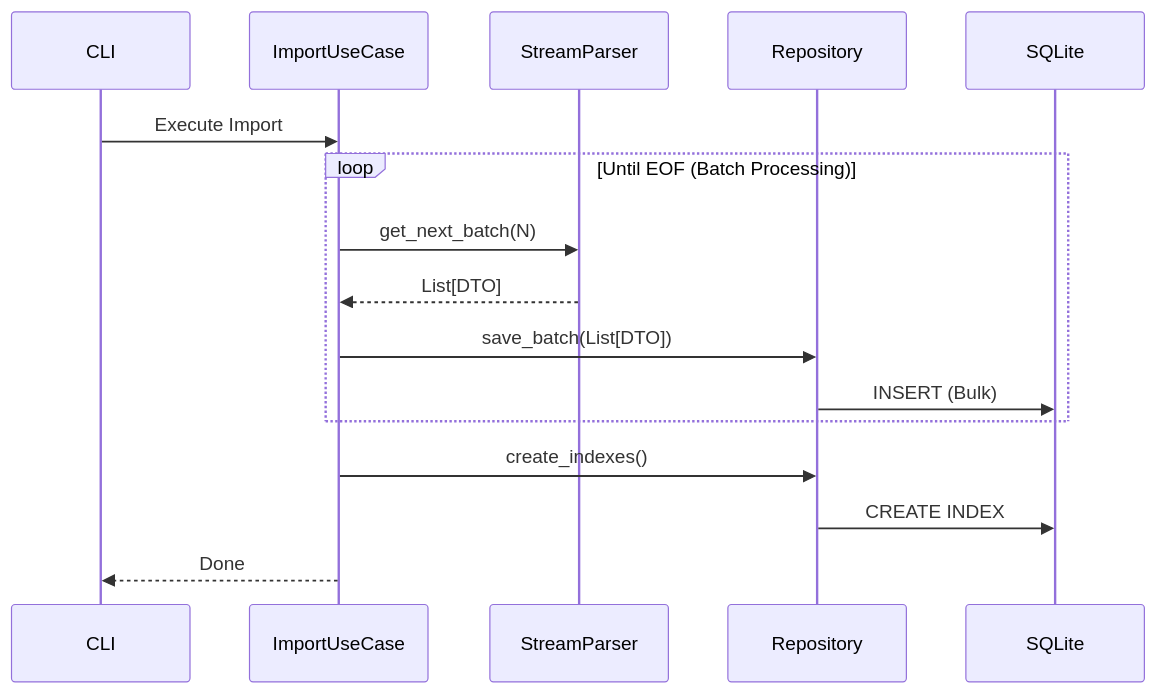
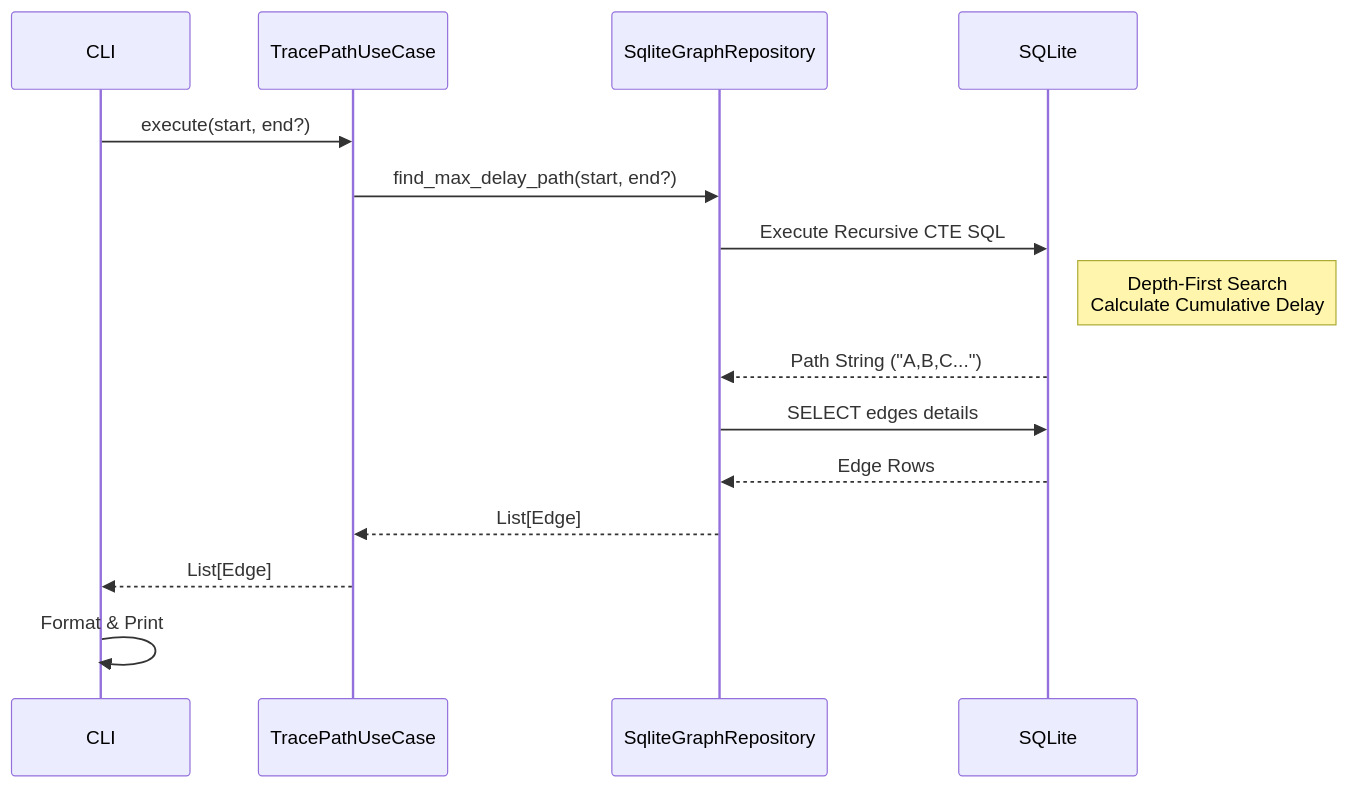
Before and after one commit to taroskee/GLS-Helper: the fourth of 4 diagrams in c4-architecture.md, drawn with Mermaid. The commit also changed other lines of this file, not shown here.

Commit message:
fix: c4-architecture.md

````diff
--- a/c4-architecture.md
+++ b/c4-architecture.md
@@ -152,20 +125,18 @@
 ```mermaid
 sequenceDiagram
     participant CLI
-    participant UC as ImportUseCase
-    participant Parser as StreamParser
-    participant Repo as Repository
+    participant UC as TracePathUseCase
+    participant Repo as SqliteGraphRepository
     participant DB as SQLite
 
-    CLI->>UC: Execute Import
-    loop Until EOF (Batch Processing)
-        UC->>Parser: get_next_batch(N)
-        Parser-->>UC: List[DTO]
-        UC->>Repo: save_batch(List[DTO])
-        Repo->>DB: INSERT (Bulk)
-    end
-    UC->>Repo: create_indexes()
-    Repo->>DB: CREATE INDEX
-    UC-->>CLI: Done
-
+    CLI->>UC: execute(start, end?)
+    UC->>Repo: find_max_delay_path(start, end?)
+    Repo->>DB: Execute Recursive CTE SQL
+    Note right of DB: Depth-First Search<br>Calculate Cumulative Delay
+    DB-->>Repo: Path String ("A,B,C...")
+    Repo->>DB: SELECT edges details
+    DB-->>Repo: Edge Rows
+    Repo-->>UC: List[Edge]
+    UC-->>CLI: List[Edge]
+    CLI->>CLI: Format & Print
 ```
````
